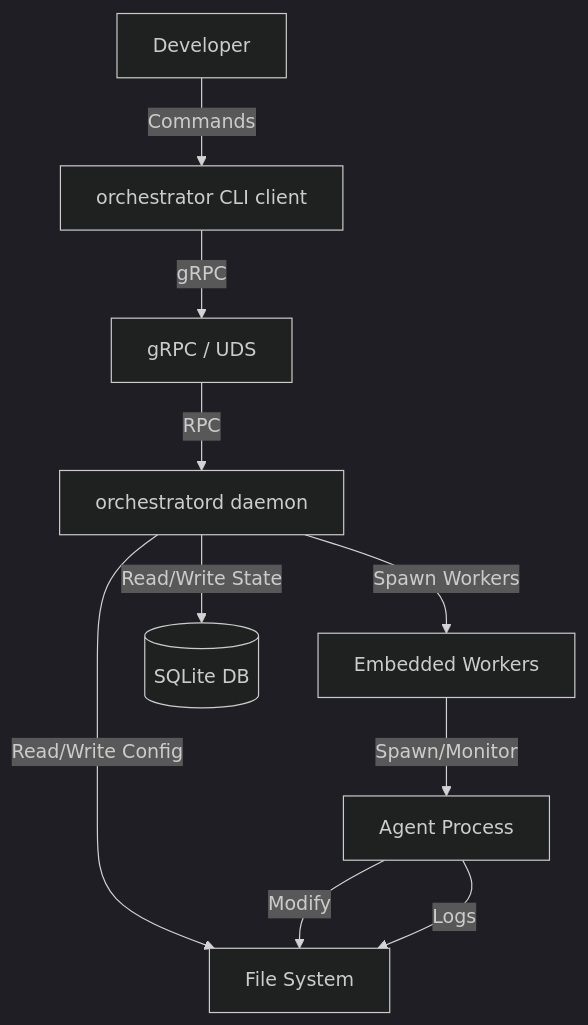
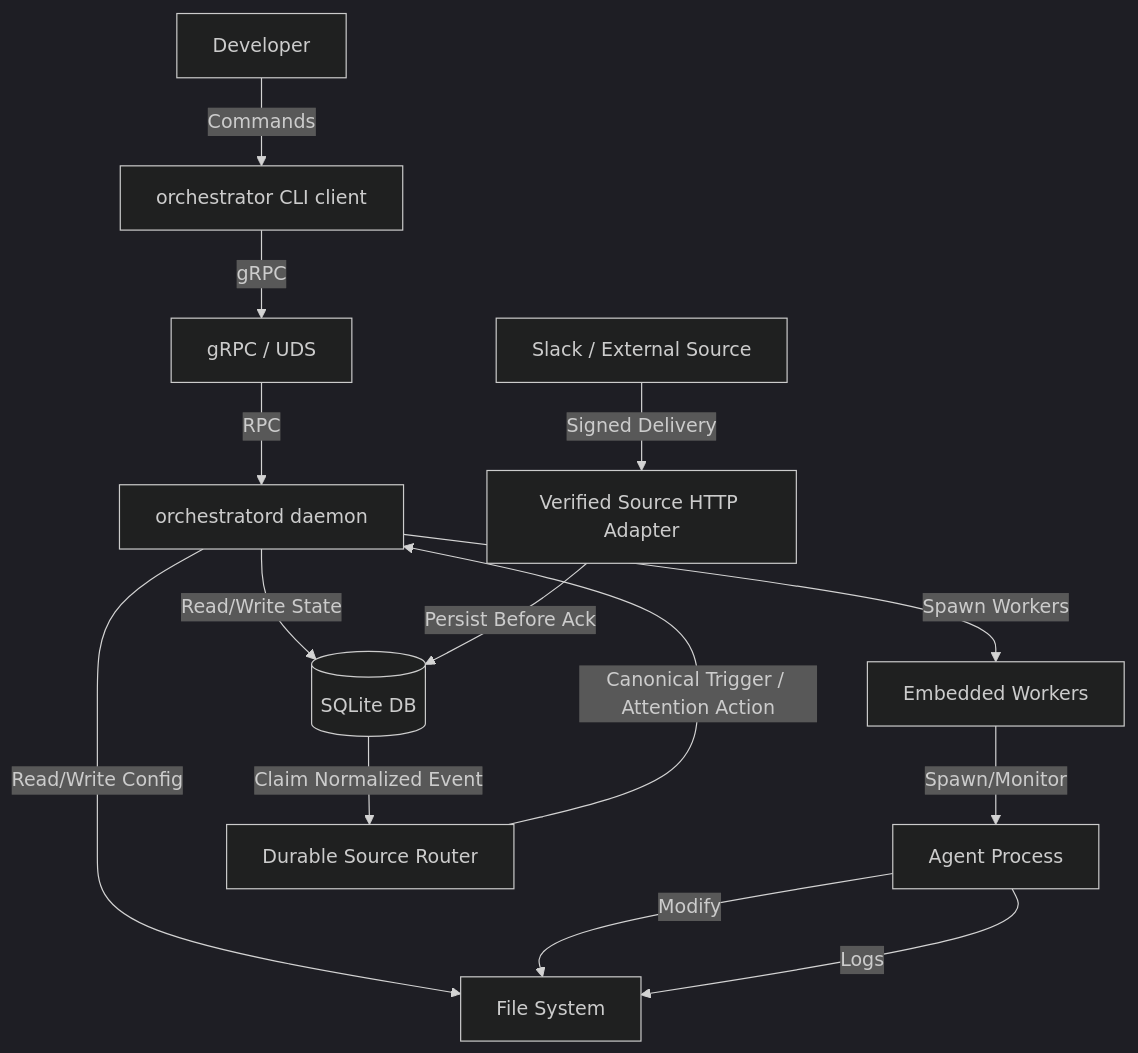
The diagram in docs/architecture.md (c9r-io/orchestrator), drawn with Mermaid (dark theme) before and after one commit. The commit also changed other lines of this file and 22 other files, not shown here.

Commit message:
docs: close FR-099 source event governance

````diff
--- a/docs/architecture.md
+++ b/docs/architecture.md
@@ -72,21 +72,28 @@
 ```mermaid
 flowchart TB
     User[Developer]
     CLIClient[orchestrator CLI client]
     Daemon[orchestratord daemon]
     GRPC[gRPC / UDS]
     Worker[Embedded Workers]
     DB[(SQLite DB)]
     FS[File System]
     Agent[Agent Process]
+    ExternalSource[Slack / External Source]
+    SourceHTTP[Verified Source HTTP Adapter]
+    SourceRouter[Durable Source Router]
 
     User -->|Commands| CLIClient
     CLIClient -->|gRPC| GRPC
     GRPC -->|RPC| Daemon
     Daemon -->|Read/Write State| DB
     Daemon -->|Read/Write Config| FS
     Daemon -->|Spawn Workers| Worker
     Worker -->|Spawn/Monitor| Agent
     Agent -->|Modify| FS
     Agent -->|Logs| FS
+    ExternalSource -->|Signed Delivery| SourceHTTP
+    SourceHTTP -->|Persist Before Ack| DB
+    DB -->|Claim Normalized Event| SourceRouter
+    SourceRouter -->|Canonical Trigger / Attention Action| Daemon
 ```
````
